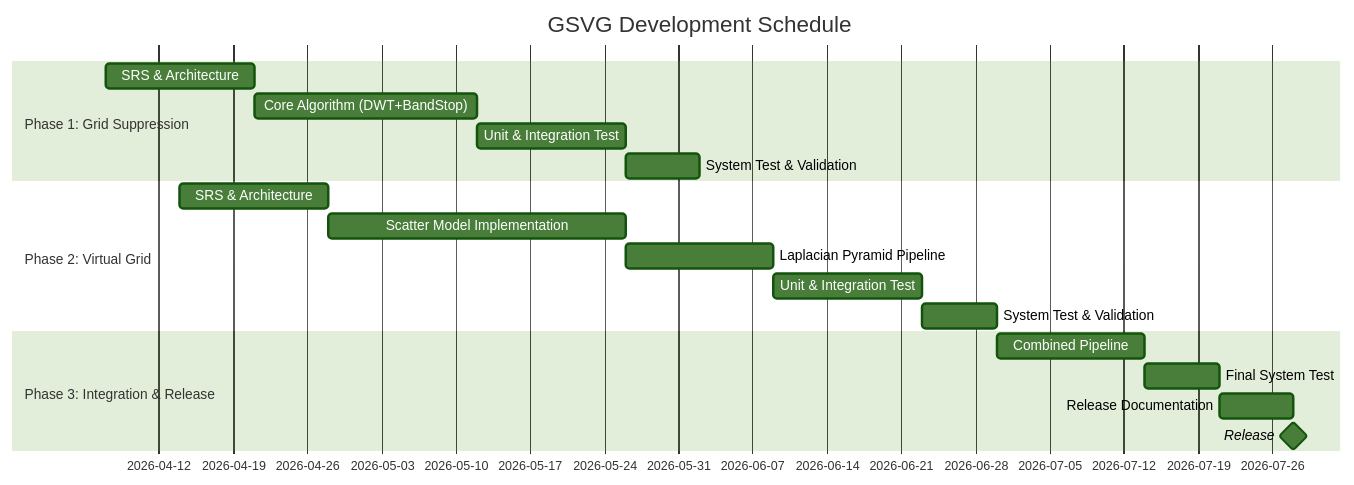
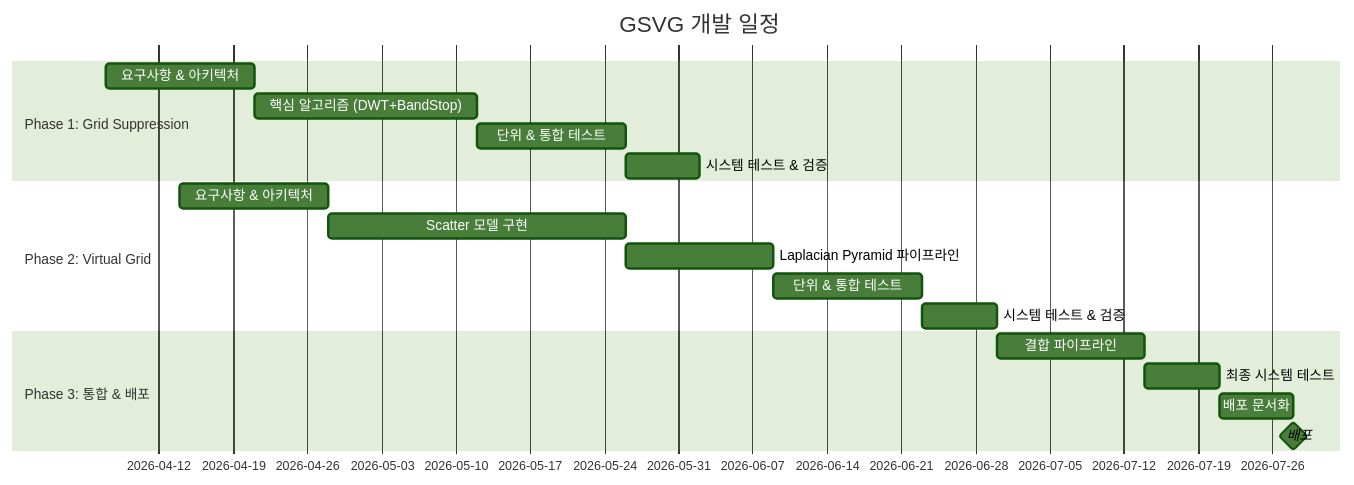
The third of 3 diagrams in docs/post-processing/gsvg/GSVG-SDP-001_Development_Plan.md (holee9/image-processing), drawn with Mermaid (forest theme) before and after one commit. The commit also changed other lines of this file and 51 other files, not shown here.

````diff
--- a/docs/post-processing/gsvg/GSVG-SDP-001_Development_Plan.md
+++ b/docs/post-processing/gsvg/GSVG-SDP-001_Development_Plan.md
@@ -125,24 +125,24 @@
 ```mermaid
 gantt
-    title GSVG Development Schedule
+    title GSVG 개발 일정
     dateFormat  YYYY-MM-DD
     
     section Phase 1: Grid Suppression
-    SRS & Architecture           :p1a, 2026-04-07, 14d
-    Core Algorithm (DWT+BandStop):p1b, after p1a, 21d
-    Unit & Integration Test      :p1c, after p1b, 14d
-    System Test & Validation     :p1d, after p1c, 7d
+    요구사항 & 아키텍처           :p1a, 2026-04-07, 14d
+    핵심 알고리즘 (DWT+BandStop):p1b, after p1a, 21d
+    단위 & 통합 테스트      :p1c, after p1b, 14d
+    시스템 테스트 & 검증     :p1d, after p1c, 7d
     
     section Phase 2: Virtual Grid
-    SRS & Architecture           :p2a, 2026-04-14, 14d
-    Scatter Model Implementation :p2b, after p2a, 28d
-    Laplacian Pyramid Pipeline   :p2c, after p2b, 14d
-    Unit & Integration Test      :p2d, after p2c, 14d
-    System Test & Validation     :p2e, after p2d, 7d
+    요구사항 & 아키텍처           :p2a, 2026-04-14, 14d
+    Scatter 모델 구현 :p2b, after p2a, 28d
+    Laplacian Pyramid 파이프라인   :p2c, after p2b, 14d
+    단위 & 통합 테스트      :p2d, after p2c, 14d
+    시스템 테스트 & 검증     :p2e, after p2d, 7d
     
-    section Phase 3: Integration & Release
-    Combined Pipeline            :p3a, after p2e, 14d
-    Final System Test            :p3b, after p3a, 7d
-    Release Documentation        :p3c, after p3b, 7d
-    Release                      :milestone, after p3c, 0d
+    section Phase 3: 통합 & 배포
+    결합 파이프라인            :p3a, after p2e, 14d
+    최종 시스템 테스트            :p3b, after p3a, 7d
+    배포 문서화        :p3c, after p3b, 7d
+    배포                      :milestone, after p3c, 0d
 ```
````
